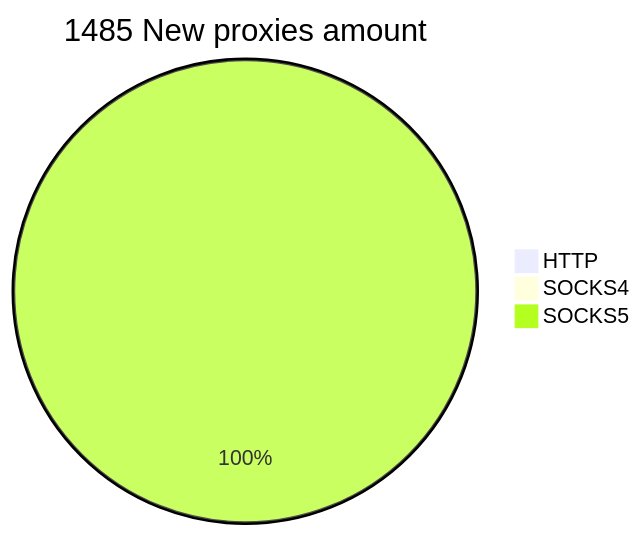
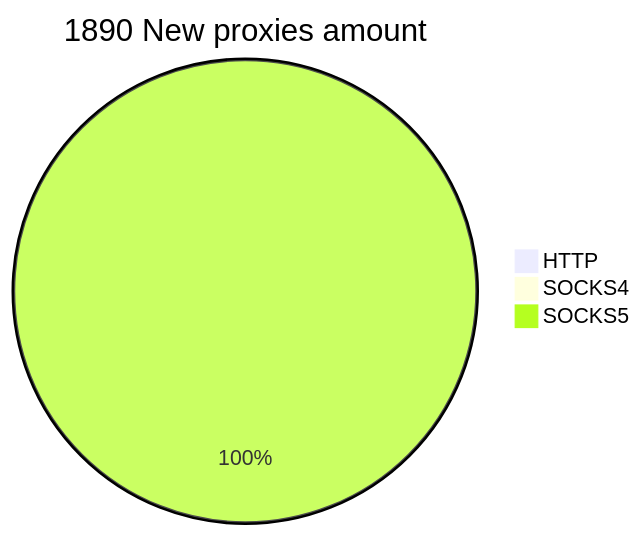
The second of 2 diagrams in README.md (cutipu/proxylist), drawn with Mermaid before and after one commit. The commit also changed other lines of this file, not shown here.

````diff
--- a/README.md
+++ b/README.md
@@ -10,6 +10,6 @@
 ```mermaid
-pie title 1485 New proxies amount
-    "HTTP" : 1
-    "SOCKS4" : 1
-    "SOCKS5" : 1483
+pie title 1890 New proxies amount
+    "HTTP" : 0
+    "SOCKS4" : 0
+    "SOCKS5" : 1890
 ```
````
